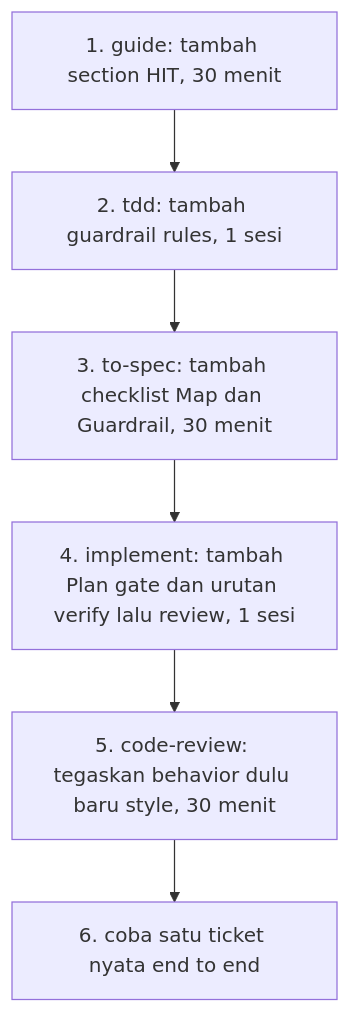
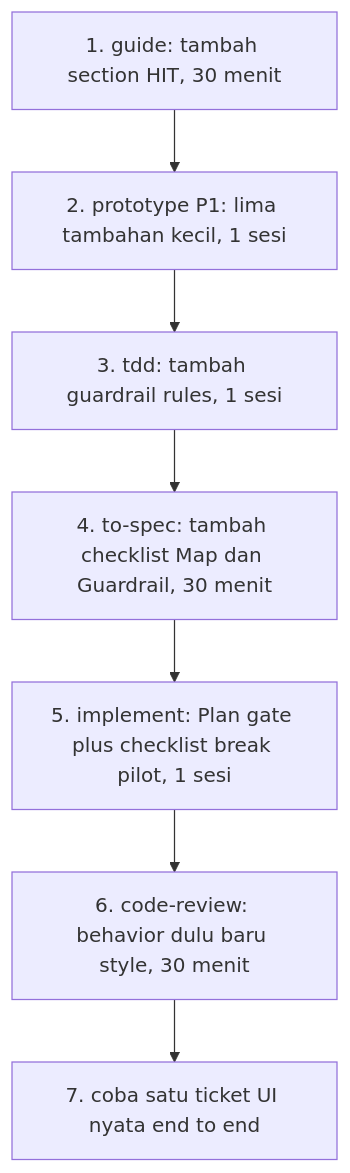
Before and after one commit to TudeOrangBiasa/skills-for-agents: the third of 3 diagrams in scratch/hit-loop-plan.md, drawn with Mermaid. The commit also changed other lines of this file, not shown here.

Commit message:
Auto-save: Updated scratch/hit-loop-plan.md

````diff
--- a/scratch/hit-loop-plan.md
+++ b/scratch/hit-loop-plan.md
@@ -153,8 +218,9 @@
 ```mermaid
 flowchart TD
-    A["1. guide: tambah section HIT, 30 menit"] --> B["2. tdd: tambah guardrail rules, 1 sesi"]
-    B --> C["3. to-spec: tambah checklist Map dan Guardrail, 30 menit"]
-    C --> D["4. implement: tambah Plan gate dan urutan verify lalu review, 1 sesi"]
-    D --> E["5. code-review: tegaskan behavior dulu baru style, 30 menit"]
-    E --> F["6. coba satu ticket nyata end to end"]
+    A["1. guide: tambah section HIT, 30 menit"] --> B["2. prototype P1: lima tambahan kecil, 1 sesi"]
+    B --> C["3. tdd: tambah guardrail rules, 1 sesi"]
+    C --> D["4. to-spec: tambah checklist Map dan Guardrail, 30 menit"]
+    D --> E["5. implement: Plan gate plus checklist break pilot, 1 sesi"]
+    E --> F["6. code-review: behavior dulu baru style, 30 menit"]
+    F --> G["7. coba satu ticket UI nyata end to end"]
 ```
````
